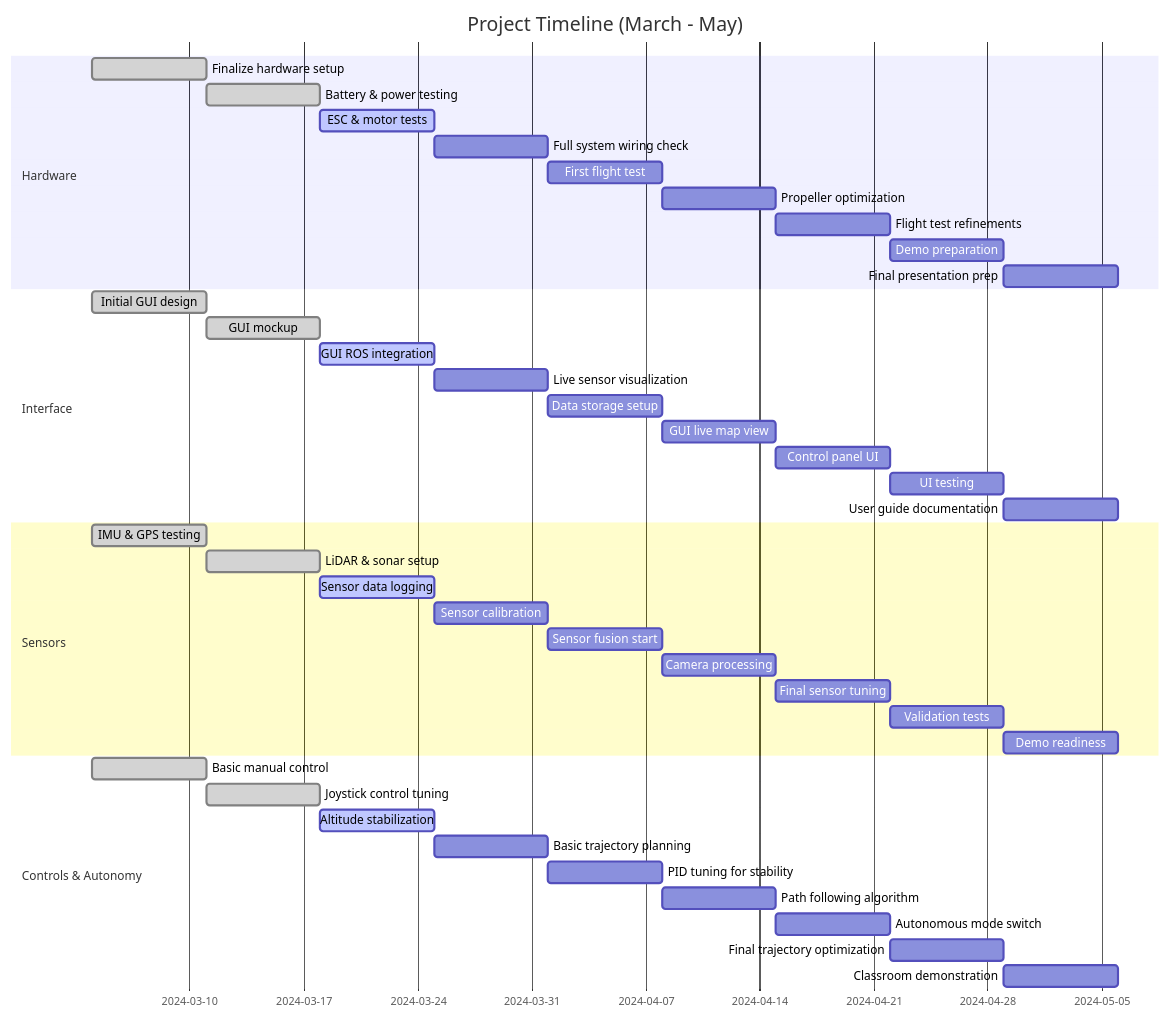
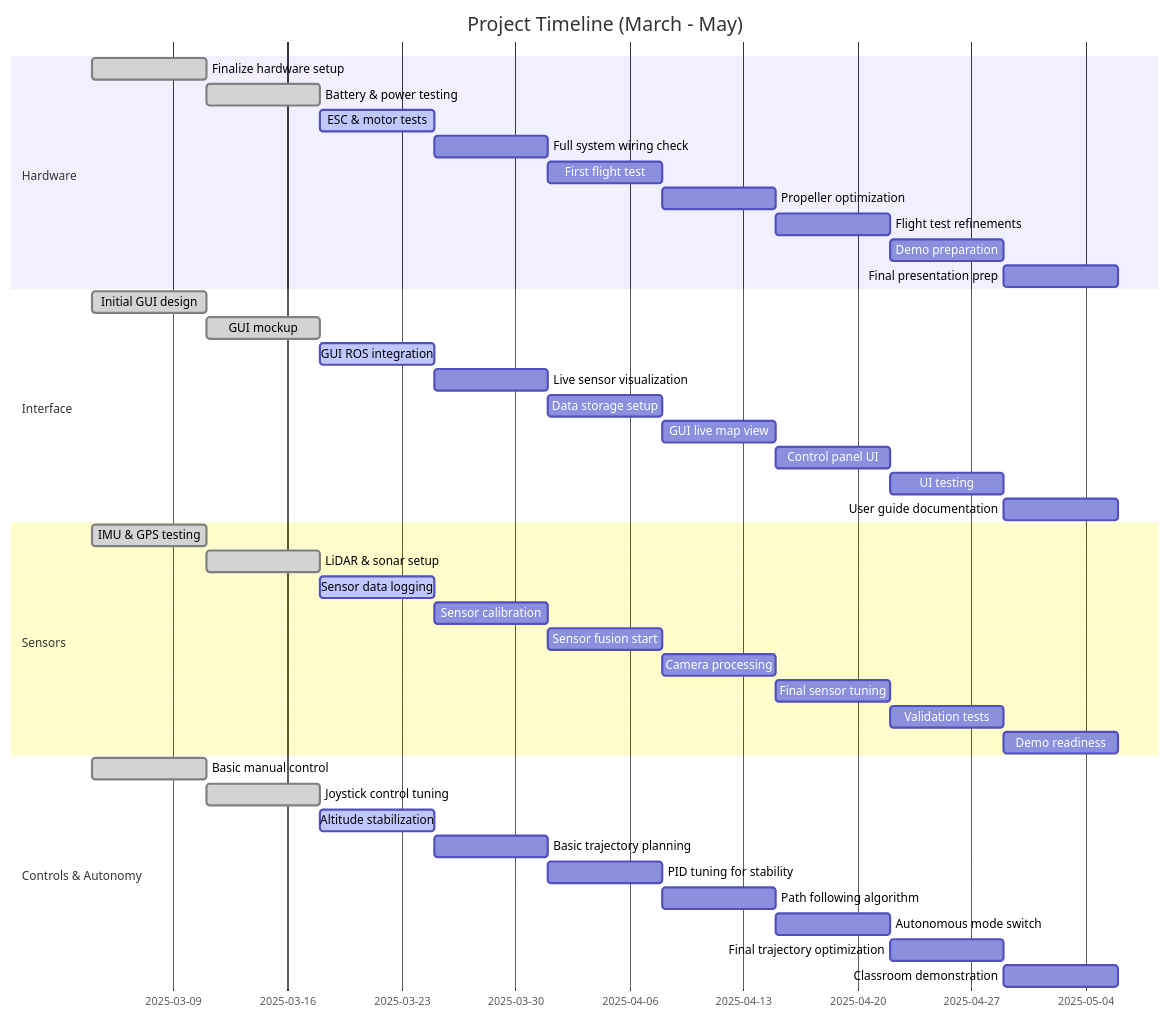
The diagram in docs/gantt.md (RAS598-2025-S-Team03/RAS598-2025-S-Team03.github.io), drawn with Mermaid before and after one commit. The commit also changed other lines of this file, not shown here.

Commit message:
Date fix in Gantt chart

````diff
--- a/docs/gantt.md
+++ b/docs/gantt.md
@@ -20,50 +22,50 @@
 ```mermaid
 %%{init: {'themeVariables': {'opacity': '1'}}}%%
 gantt
     title Project Timeline (March - May)
     dateFormat  YYYY-MM-DD
     
     section Hardware
-    Finalize hardware setup         :done, 2024-03-04, 7d
-    Battery & power testing         :done, 2024-03-11, 7d
-    ESC & motor tests               :active, 2024-03-18, 7d
-    Full system wiring check        :2024-03-25, 7d
-    First flight test               :2024-04-01, 7d
-    Propeller optimization          :2024-04-08, 7d
-    Flight test refinements         :2024-04-15, 7d
-    Demo preparation                :2024-04-22, 7d
-    Final presentation prep         :2024-04-29, 7d
+    Finalize hardware setup         :done, 2025-03-04, 7d
+    Battery & power testing         :done, 2025-03-11, 7d
+    ESC & motor tests               :active, 2025-03-18, 7d
+    Full system wiring check        :2025-03-25, 7d
+    First flight test               :2025-04-01, 7d
+    Propeller optimization          :2025-04-08, 7d
+    Flight test refinements         :2025-04-15, 7d
+    Demo preparation                :2025-04-22, 7d
+    Final presentation prep         :2025-04-29, 7d
     
     section Interface
-    Initial GUI design              :done, 2024-03-04, 7d
-    GUI mockup                      :done, 2024-03-11, 7d
-    GUI ROS integration             :active, 2024-03-18, 7d
-    Live sensor visualization       :2024-03-25, 7d
-    Data storage setup              :2024-04-01, 7d
-    GUI live map view               :2024-04-08, 7d
-    Control panel UI                :2024-04-15, 7d
-    UI testing                      :2024-04-22, 7d
-    User guide documentation        :2024-04-29, 7d
+    Initial GUI design              :done, 2025-03-04, 7d
+    GUI mockup                      :done, 2025-03-11, 7d
+    GUI ROS integration             :active, 2025-03-18, 7d
+    Live sensor visualization       :2025-03-25, 7d
+    Data storage setup              :2025-04-01, 7d
+    GUI live map view               :2025-04-08, 7d
+    Control panel UI                :2025-04-15, 7d
+    UI testing                      :2025-04-22, 7d
+    User guide documentation        :2025-04-29, 7d
     
     section Sensors
-    IMU & GPS testing               :done, 2024-03-04, 7d
-    LiDAR & sonar setup             :done, 2024-03-11, 7d
-    Sensor data logging             :active, 2024-03-18, 7d
-    Sensor calibration              :2024-03-25, 7d
-    Sensor fusion start             :2024-04-01, 7d
-    Camera processing               :2024-04-08, 7d
-    Final sensor tuning             :2024-04-15, 7d
-    Validation tests                :2024-04-22, 7d
-    Demo readiness                  :2024-04-29, 7d
+    IMU & GPS testing               :done, 2025-03-04, 7d
+    LiDAR & sonar setup             :done, 2025-03-11, 7d
+    Sensor data logging             :active, 2025-03-18, 7d
+    Sensor calibration              :2025-03-25, 7d
+    Sensor fusion start             :2025-04-01, 7d
+    Camera processing               :2025-04-08, 7d
+    Final sensor tuning             :2025-04-15, 7d
+    Validation tests                :2025-04-22, 7d
+    Demo readiness                  :2025-04-29, 7d
     
     section Controls & Autonomy
-    Basic manual control            :done, 2024-03-04, 7d
-    Joystick control tuning         :done, 2024-03-11, 7d
-    Altitude stabilization          :active, 2024-03-18, 7d
-    Basic trajectory planning       :2024-03-25, 7d
-    PID tuning for stability        :2024-04-01, 7d
-    Path following algorithm        :2024-04-08, 7d
-    Autonomous mode switch          :2024-04-15, 7d
-    Final trajectory optimization   :2024-04-22, 7d
-    Classroom demonstration         :2024-04-29, 7d
+    Basic manual control            :done, 2025-03-04, 7d
+    Joystick control tuning         :done, 2025-03-11, 7d
+    Altitude stabilization          :active, 2025-03-18, 7d
+    Basic trajectory planning       :2025-03-25, 7d
+    PID tuning for stability        :2025-04-01, 7d
+    Path following algorithm        :2025-04-08, 7d
+    Autonomous mode switch          :2025-04-15, 7d
+    Final trajectory optimization   :2025-04-22, 7d
+    Classroom demonstration         :2025-04-29, 7d
 ```
````
